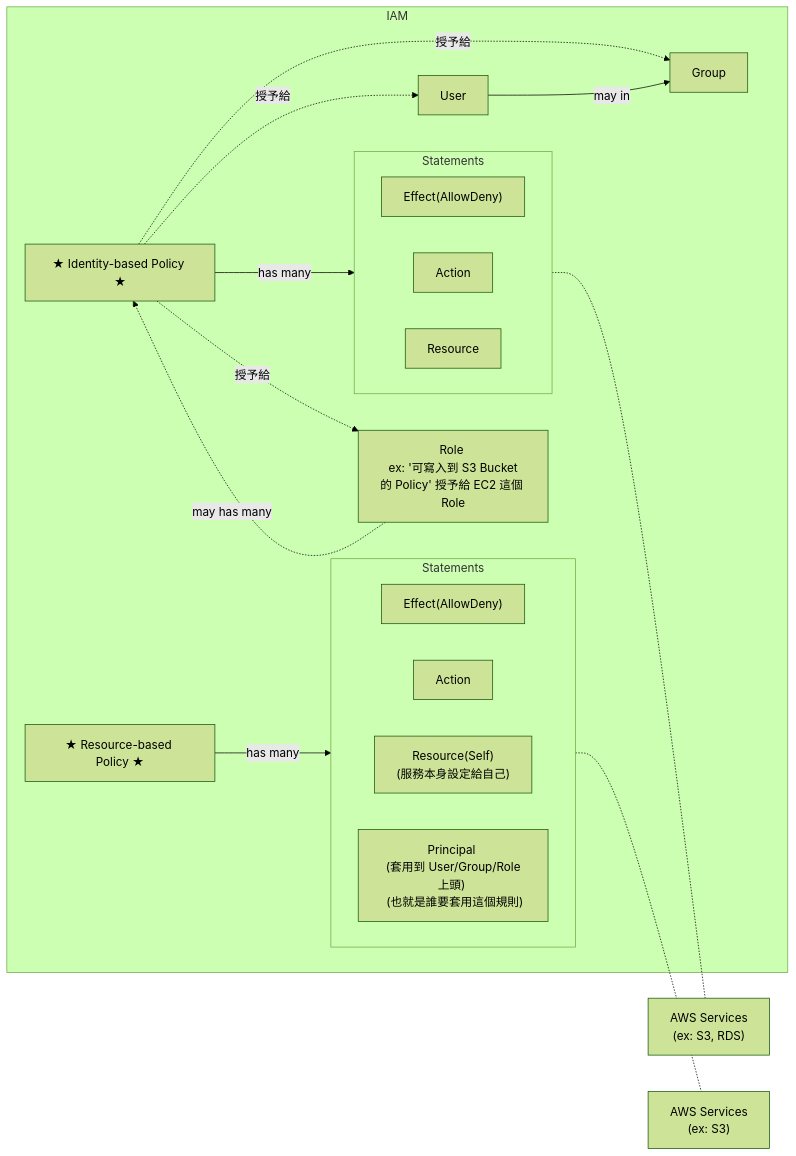
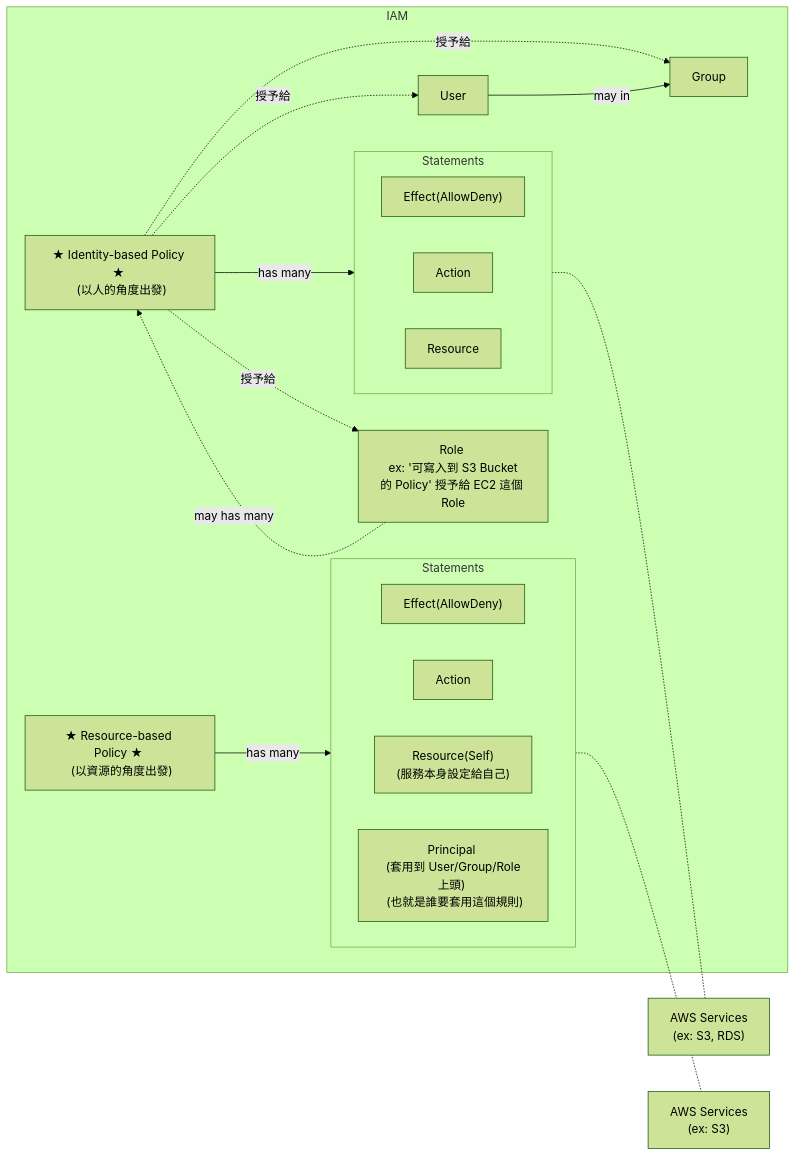
The first of 4 diagrams in aws/iam.md (cool21540125/documentation-notes), drawn with Mermaid (forest theme) before and after one commit. The commit also changed other lines of this file and 5 other files, not shown here.

````diff
--- a/aws/iam.md
+++ b/aws/iam.md
@@ -29,32 +5,32 @@
 ```mermaid
 flowchart LR
 
 subgraph IAM
     iip -. 授予給 .-> User;
     iip -. 授予給 .-> Group;
     iip -. 授予給 .-> Role;
     Role["Role \n ex: '可寫入到 S3 Bucket 的 Policy' 授予給 EC2 這個 Role"] -. may has many .-> iip;
     User -- may in --> Group;
     
     subgraph st1["Statements"]
         direction LR
         ef1["Effect(AllowDeny)"]
         ac1["Action"]
         r1["Resource"]
     end
 
     subgraph st2["Statements"]
         direction LR
         ef2["Effect(AllowDeny)"]
         ac2["Action"]
         r2["Resource(Self) \n (服務本身設定給自己)"]
         principal["Principal \n (套用到 User/Group/Role 上頭) \n (也就是誰要套用這個規則)"]
     end
 
-    iip["★ Identity-based Policy ★"] -- has many --> st1
-    rrp["★ Resource-based Policy ★"] -- has many --> st2
+    iip["★ Identity-based Policy ★ \n (以人的角度出發)"] -- has many --> st1
+    rrp["★ Resource-based Policy ★ \n (以資源的角度出發)"] -- has many --> st2
 end
 
 r1 -.- srv1["AWS Services \n (ex: S3, RDS)"];
 r2 -.- srv2["AWS Services \n (ex: S3)"];
 ```
````
